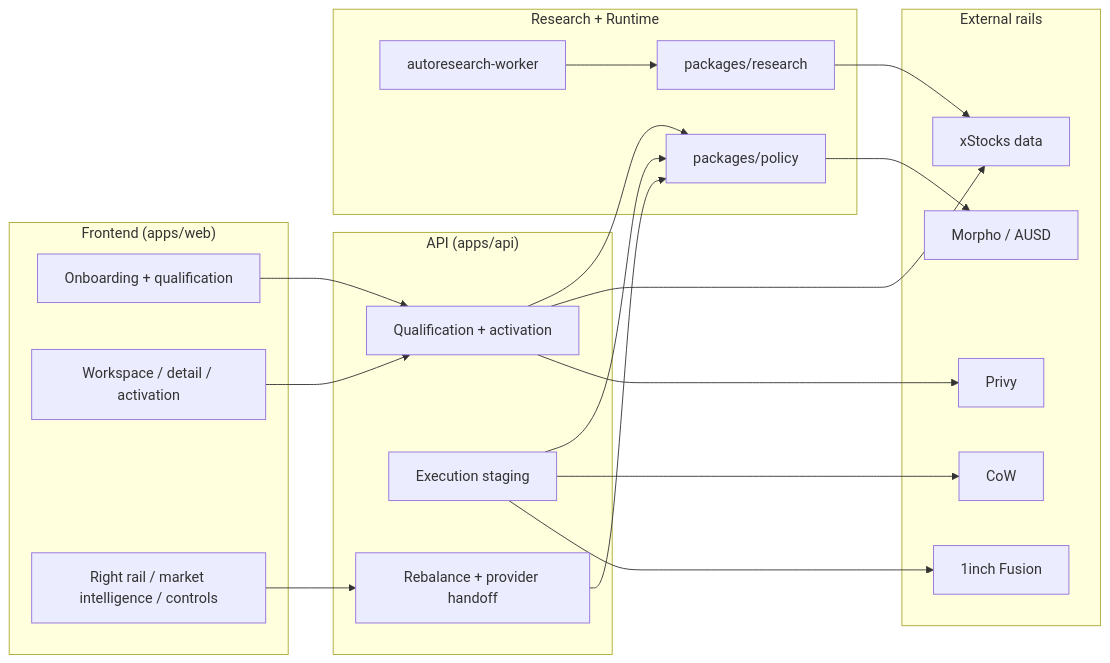
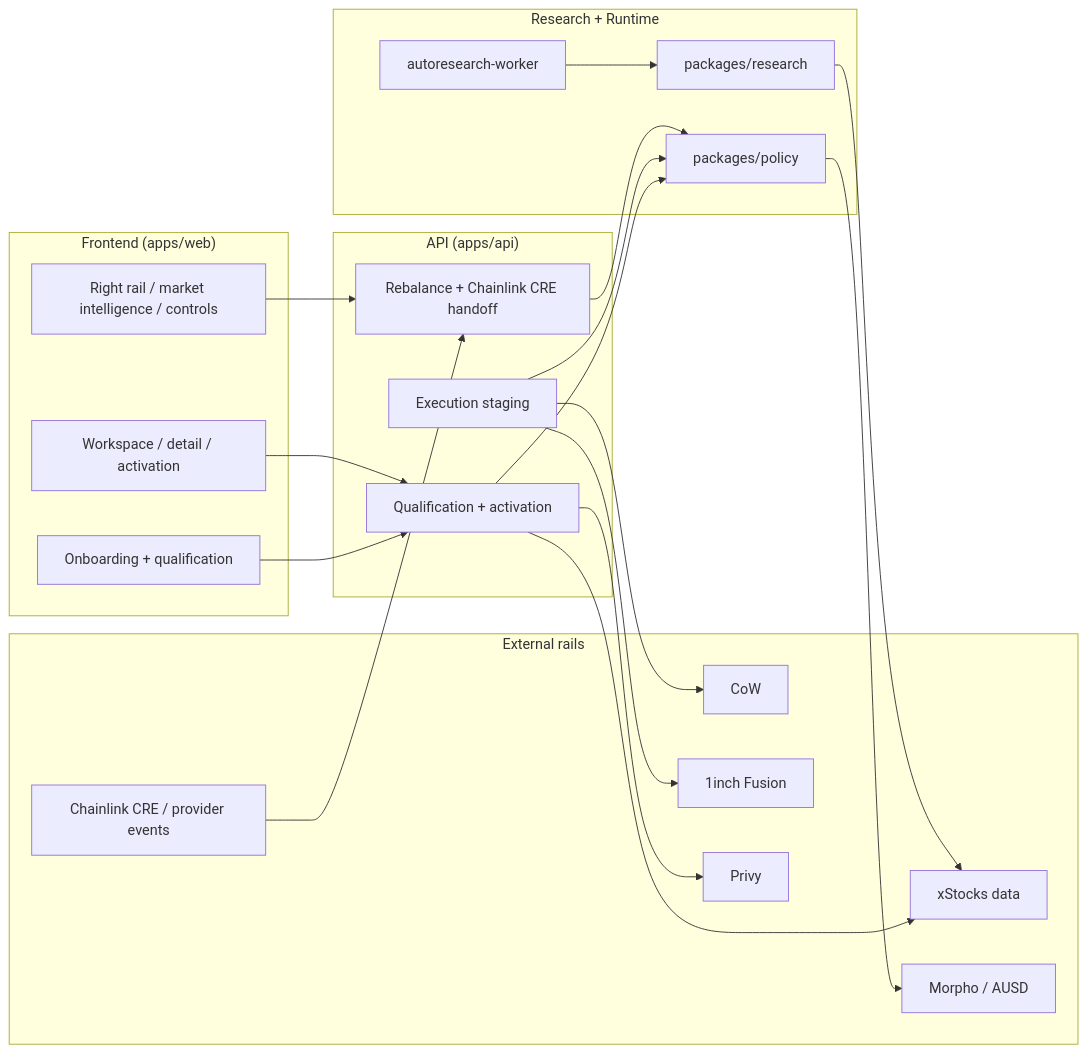
The diagram in README.md (twentyOne2x/xstocks-strategy-lab), drawn with Mermaid before and after one commit. The commit also changed other lines of this file and 2 other files, not shown here.

````diff
--- a/README.md
+++ b/README.md
@@ -93,42 +98,44 @@
 ```mermaid
 flowchart LR
     subgraph W["Frontend (apps/web)"]
         O["Onboarding + qualification"]
         WS["Workspace / detail / activation"]
         RR["Right rail / market intelligence / controls"]
     end
 
     subgraph A["API (apps/api)"]
         QA["Qualification + activation"]
         EX["Execution staging"]
-        RB["Rebalance + provider handoff"]
+        RB["Rebalance + Chainlink CRE handoff"]
     end
 
     subgraph R["Research + Runtime"]
         WK["autoresearch-worker"]
         RE["packages/research"]
         PO["packages/policy"]
     end
 
     subgraph X["External rails"]
         XS["xStocks data"]
         CW["CoW"]
         OI["1inch Fusion"]
         PR["Privy"]
         MF["Morpho / AUSD"]
+        CRE["Chainlink CRE / provider events"]
     end
 
     O --> QA
     WS --> QA
     RR --> RB
     QA --> PO
     EX --> PO
     RB --> PO
     QA --> XS
     EX --> CW
     EX --> OI
     QA --> PR
+    CRE --> RB
     WK --> RE
     RE --> XS
     PO --> MF
 ```
````
